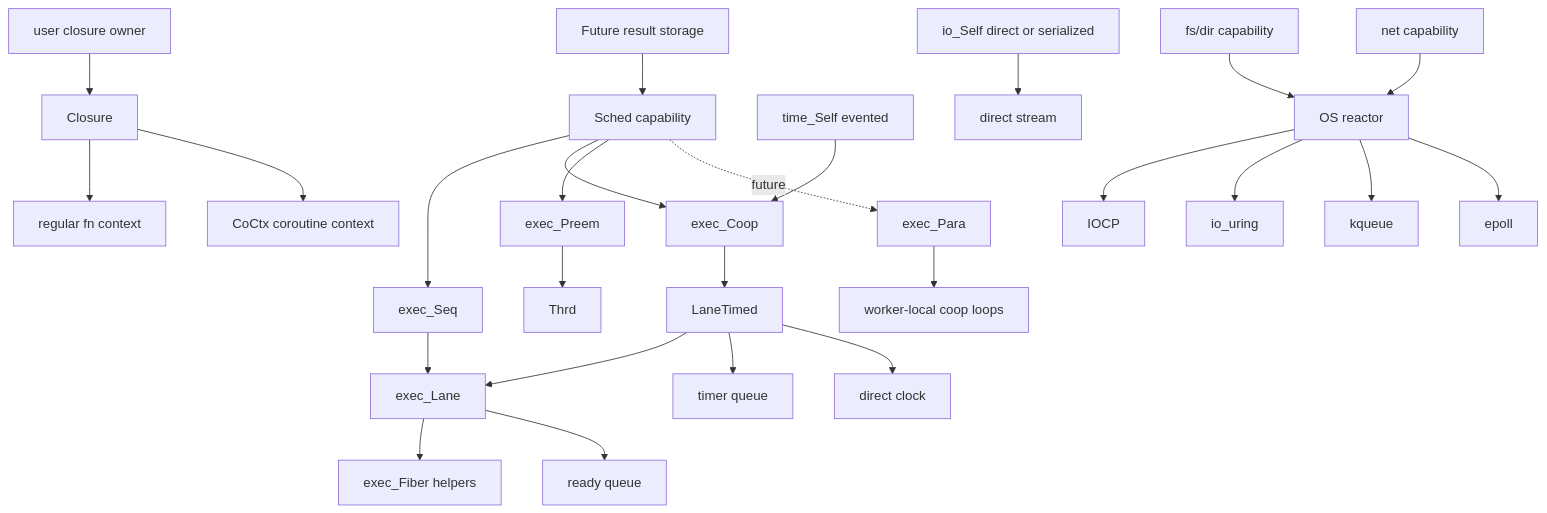
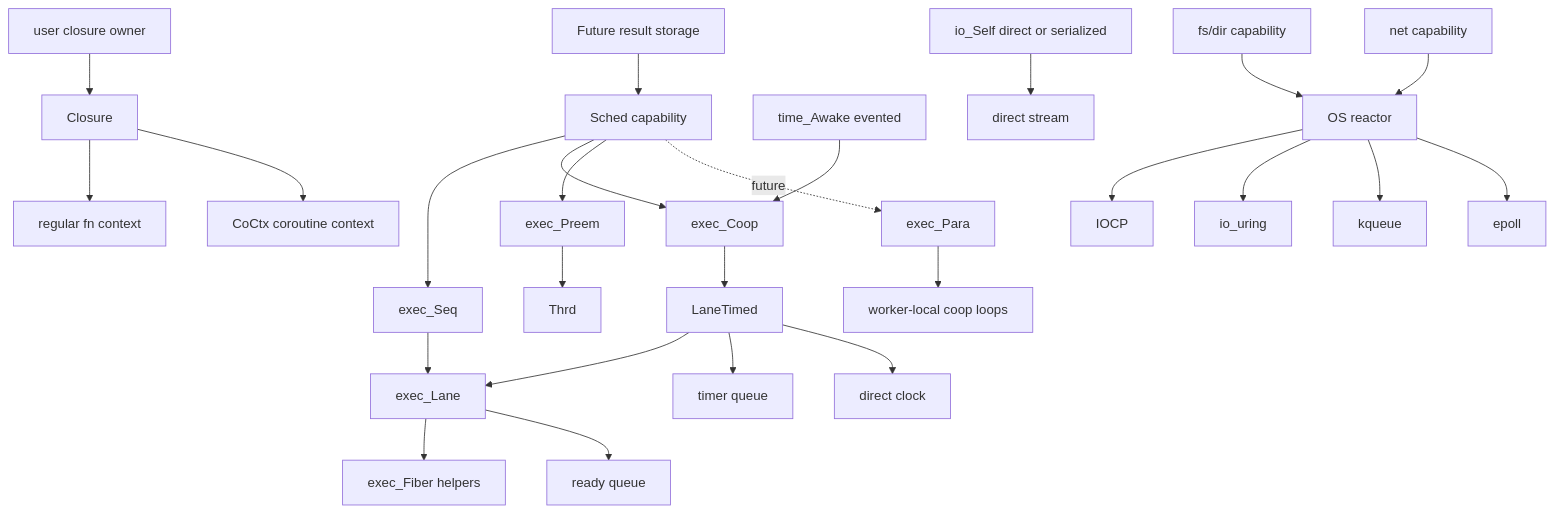
Before and after one commit to coding-pelican/dasae-headers: the first of 5 diagrams in dh/tests/draft/io_conc/ARCH.md, drawn with Mermaid. The commit also changed other lines of this file and 33 other files, not shown here.

````diff
--- a/dh/tests/draft/io_conc/ARCH.md
+++ b/dh/tests/draft/io_conc/ARCH.md
@@ -5,30 +5,30 @@
 ```mermaid
 graph TD
     User[user closure owner] --> Closure[Closure]
     Closure --> Fn[regular fn context]
     Closure --> Co[CoCtx coroutine context]
 
     Future[Future result storage] --> Sched[Sched capability]
     Sched --> Seq[exec_Seq]
     Sched --> Coop[exec_Coop]
     Sched --> Preem[exec_Preem]
     Sched -. future .-> Para[exec_Para]
     Seq --> Lane[exec_Lane]
     Coop --> LaneTimed
     LaneTimed --> Lane
     Lane --> Single[exec_Fiber helpers]
     Lane --> Ready[ready queue]
     LaneTimed --> Timers[timer queue]
     LaneTimed --> Clock[direct clock]
     Preem --> Thrd[Thrd]
     Para --> Workers[worker-local coop loops]
 
-    Time[time_Self evented] --> Coop
+    Time[time_Awake evented] --> Coop
     Io[io_Self direct or serialized] --> Direct[direct stream]
     Fs[fs/dir capability] --> Reactor[OS reactor]
     Net[net capability] --> Reactor
     Reactor --> IOCP[IOCP]
     Reactor --> Uring[io_uring]
     Reactor --> Kqueue[kqueue]
     Reactor --> Epoll[epoll]
 ```
````
